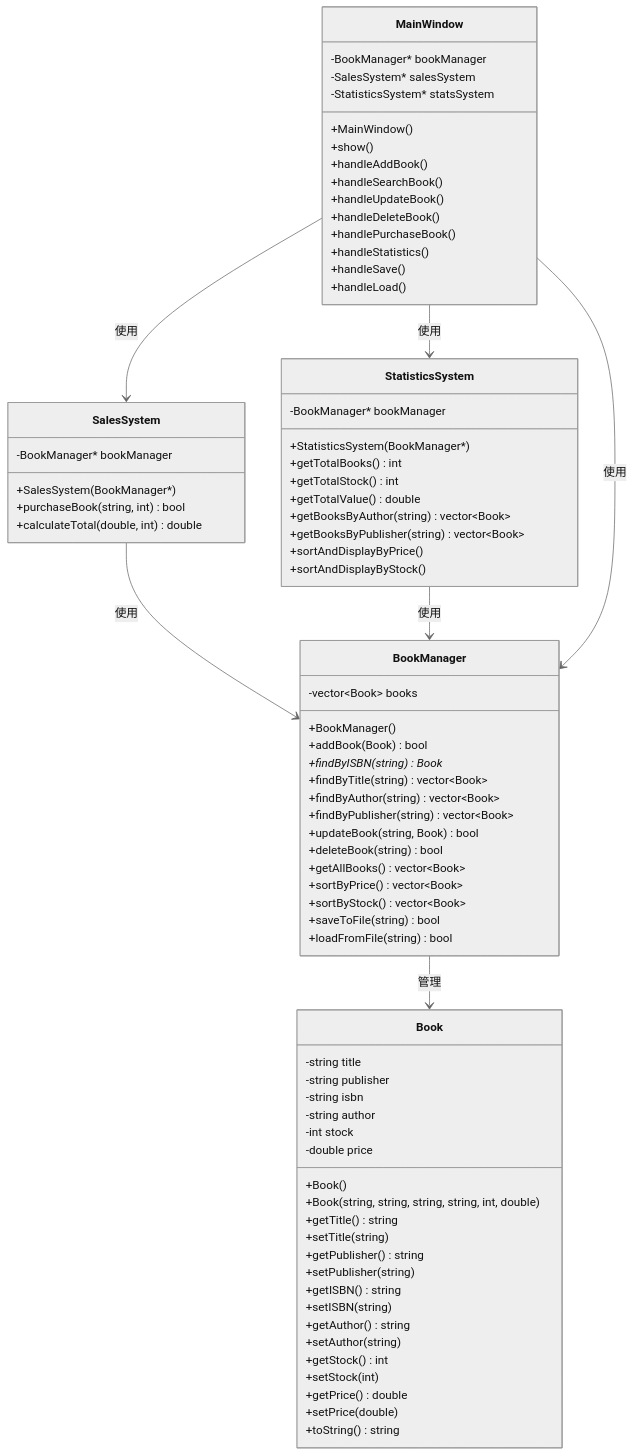
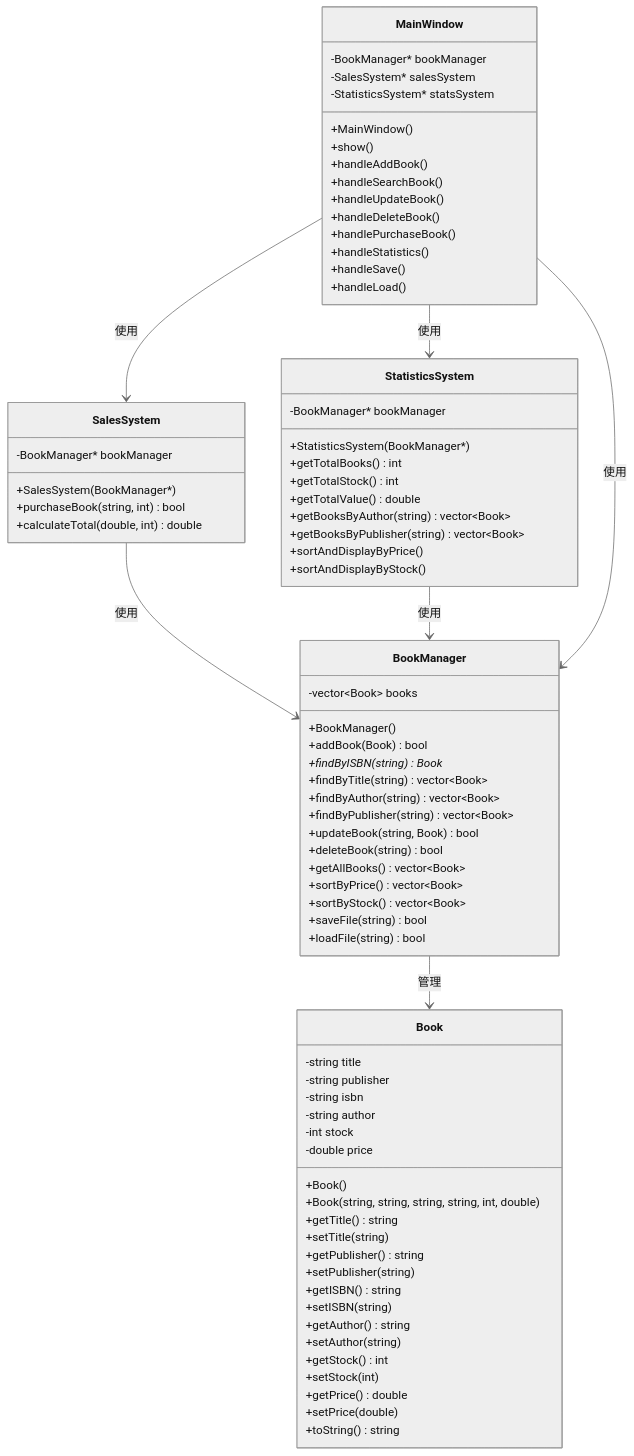
The second of 2 diagrams in v3.0/system_design.md (tristertian/CurriculumDesign_BookManagementSystem), drawn with Mermaid (neutral theme) before and after one commit. The commit also changed 8 other files, not shown here.

```diff
--- a/v3.0/system_design.md
+++ b/v3.0/system_design.md
@@ -75,8 +75,8 @@
         +getAllBooks() vector~Book~
         +sortByPrice() vector~Book~
         +sortByStock() vector~Book~
-        +saveToFile(string) bool
-        +loadFromFile(string) bool
+        +saveFile(string) bool
+        +loadFile(string) bool
     }
     
     class SalesSystem {
```
